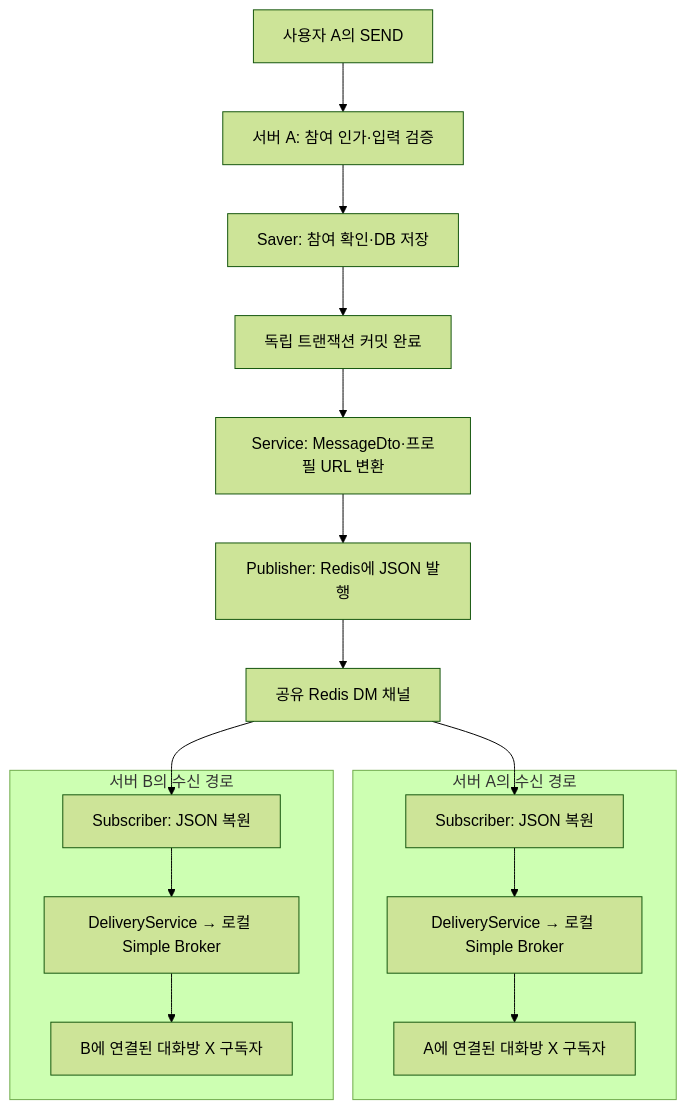
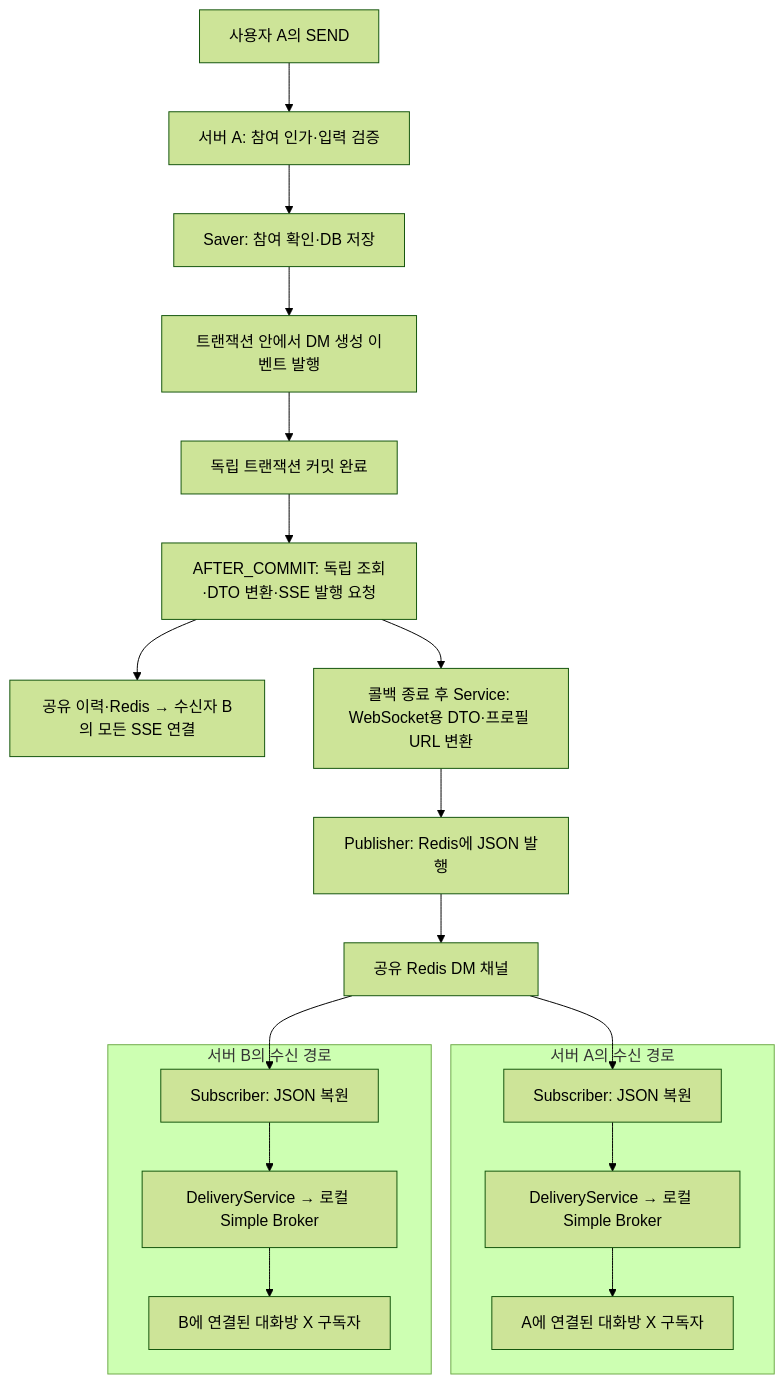
One commit to codeit-backend13-part4-team1/playlist_for_everyone changed the second of 2 diagrams in docs/conversation/00-overall-flow.md. Above: the diagram before and after it, drawn with Mermaid (forest theme). The commit also changed other lines of this file and 6 other files, not shown here.

Commit message:
docs : DM 이벤트 SSE 흐름과 브라우저 다중 탭 검증 기록 (#62)

````diff
--- a/docs/conversation/00-overall-flow.md
+++ b/docs/conversation/00-overall-flow.md
@@ -26,21 +26,24 @@
 ```mermaid
 flowchart TD
     SEND["사용자 A의 SEND"] --> CHECK["서버 A: 참여 인가·입력 검증"]
     CHECK --> SAVE["Saver: 참여 확인·DB 저장"]
-    SAVE --> COMMIT["독립 트랜잭션 커밋 완료"]
-    COMMIT --> DTO["Service: MessageDto·프로필 URL 변환"]
+    SAVE --> EVENT["트랜잭션 안에서 DM 생성 이벤트 발행"]
+    EVENT --> COMMIT["독립 트랜잭션 커밋 완료"]
+    COMMIT --> SSE["AFTER_COMMIT: 독립 조회·DTO 변환·SSE 발행 요청"]
+    SSE --> RECEIVER["공유 이력·Redis → 수신자 B의 모든 SSE 연결"]
+    SSE --> DTO["콜백 종료 후 Service: WebSocket용 DTO·프로필 URL 변환"]
     DTO --> PUB["Publisher: Redis에 JSON 발행"]
     PUB --> REDIS["공유 Redis DM 채널"]
 
     REDIS --> SA
     REDIS --> SB
 
     subgraph NODE_A["서버 A의 수신 경로"]
         SA["Subscriber: JSON 복원"] --> DA["DeliveryService → 로컬 Simple Broker"]
         DA --> UA["A에 연결된 대화방 X 구독자"]
     end
     subgraph NODE_B["서버 B의 수신 경로"]
         SB["Subscriber: JSON 복원"] --> DB["DeliveryService → 로컬 Simple Broker"]
         DB --> UB["B에 연결된 대화방 X 구독자"]
     end
 ```
````
